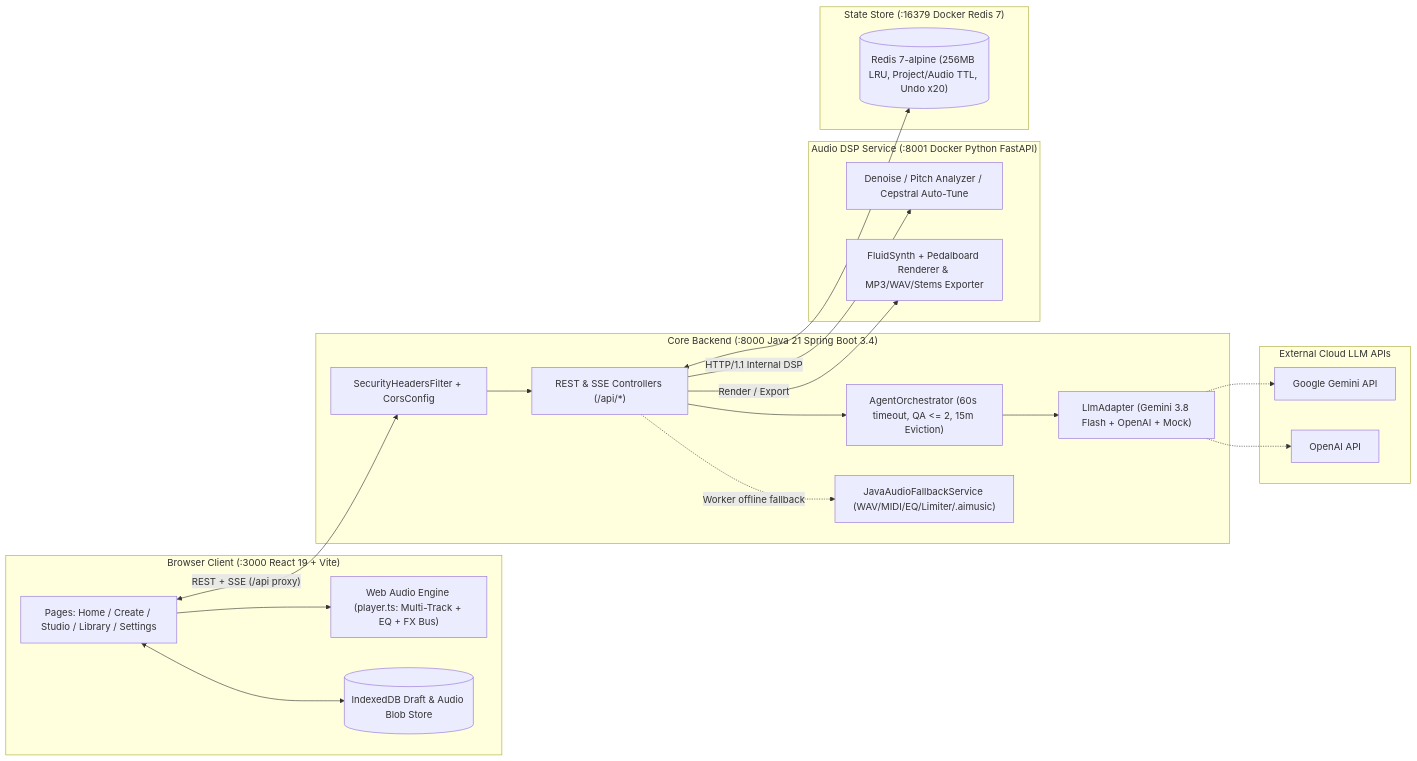
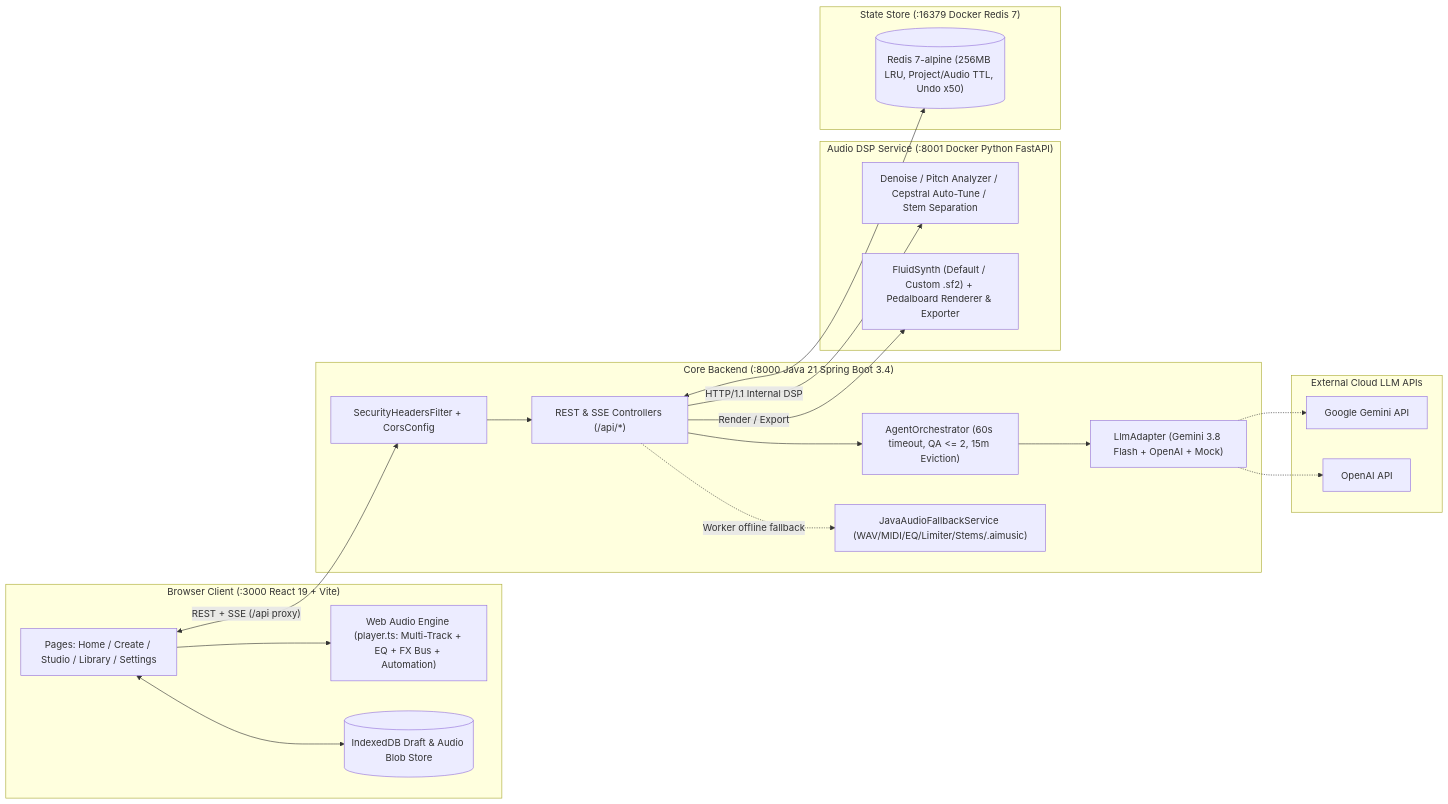
The first of 3 diagrams in docs/DESIGN_SPEC.md (HuynhNgocQuang-hub/ai-music-studio), drawn with Mermaid before and after one commit. The commit also changed other lines of this file and 36 other files, not shown here.

Commit message:
feat(phase6b,phase7): stem separation, multi-param automation, pitch curve, WebMIDI, custom SF2 & Undo 50

````diff
--- a/docs/DESIGN_SPEC.md
+++ b/docs/DESIGN_SPEC.md
@@ -12,42 +12,42 @@
 ```mermaid
 flowchart LR
     subgraph Browser["Browser Client (:3000 React 19 + Vite)"]
         UI["Pages: Home / Create / Studio / Library / Settings"]
-        WA["Web Audio Engine (player.ts: Multi-Track + EQ + FX Bus)"]
+        WA["Web Audio Engine (player.ts: Multi-Track + EQ + FX Bus + Automation)"]
         IDB[("IndexedDB Draft & Audio Blob Store")]
     end
 
     subgraph Core["Core Backend (:8000 Java 21 Spring Boot 3.4)"]
         SEC["SecurityHeadersFilter + CorsConfig"]
         CTRL["REST & SSE Controllers (/api/*)"]
         ORCH["AgentOrchestrator (60s timeout, QA <= 2, 15m Eviction)"]
         LLM["LlmAdapter (Gemini 3.8 Flash + OpenAI + Mock)"]
-        FB["JavaAudioFallbackService (WAV/MIDI/EQ/Limiter/.aimusic)"]
+        FB["JavaAudioFallbackService (WAV/MIDI/EQ/Limiter/Stems/.aimusic)"]
     end
 
     subgraph Worker["Audio DSP Service (:8001 Docker Python FastAPI)"]
-        DSP["Denoise / Pitch Analyzer / Cepstral Auto-Tune"]
-        REN["FluidSynth + Pedalboard Renderer & MP3/WAV/Stems Exporter"]
+        DSP["Denoise / Pitch Analyzer / Cepstral Auto-Tune / Stem Separation"]
+        REN["FluidSynth (Default / Custom .sf2) + Pedalboard Renderer & Exporter"]
     end
 
     subgraph Cache["State Store (:16379 Docker Redis 7)"]
-        RED[("Redis 7-alpine (256MB LRU, Project/Audio TTL, Undo x20)")]
+        RED[("Redis 7-alpine (256MB LRU, Project/Audio TTL, Undo x50)")]
     end
 
     subgraph Cloud["External Cloud LLM APIs"]
         GEM["Google Gemini API"]
         OAI["OpenAI API"]
     end
 
     UI <-->|"REST + SSE (/api proxy)"| SEC --> CTRL
     UI <--> IDB
     UI --> WA
     CTRL --> ORCH
     ORCH --> LLM
     LLM -.-> GEM
     LLM -.-> OAI
     CTRL <--> RED
     CTRL -->|"HTTP/1.1 Internal DSP"| DSP
     CTRL -->|"Render / Export"| REN
     CTRL -.->|"Worker offline fallback"| FB
 ```
````
